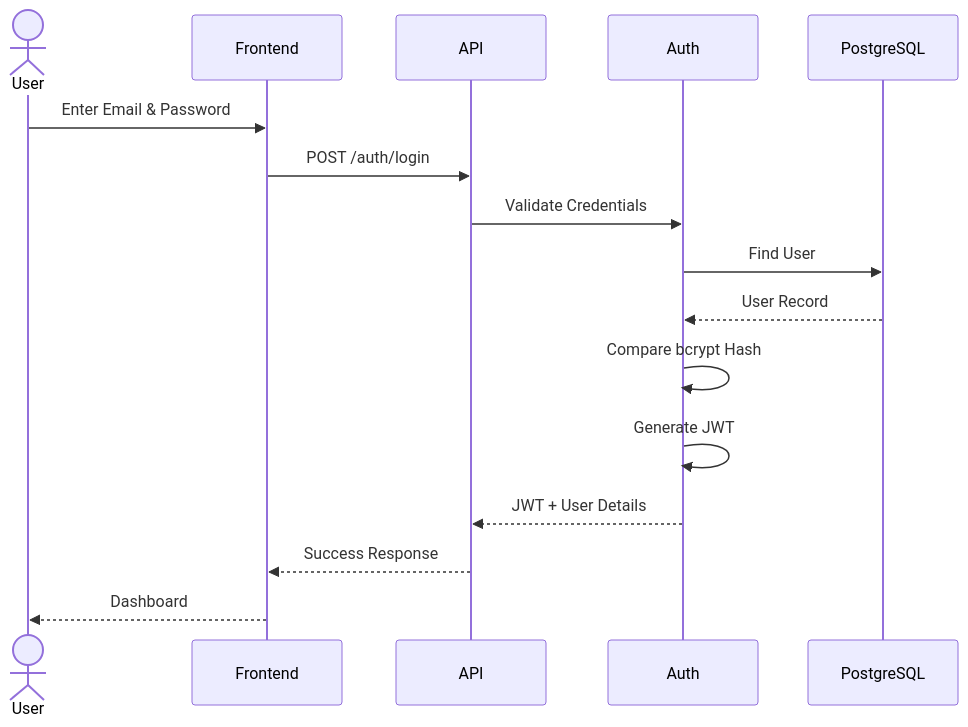
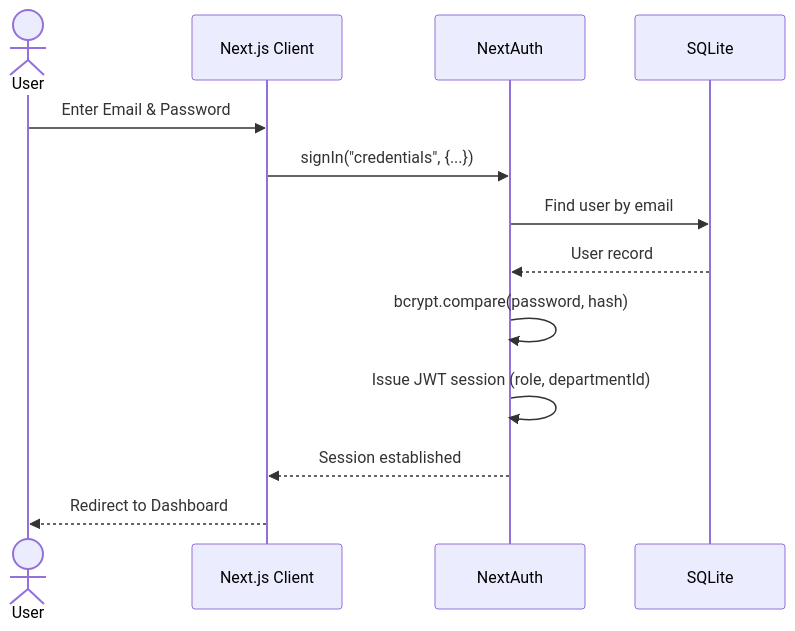
Before and after one commit to shrxprxyx/odoo-hackathon: the third of 7 diagrams in readme.md, drawn with Mermaid. The commit also changed other lines of this file, not shown here.

````diff
--- a/readme.md
+++ b/readme.md
@@ -231,33 +93,17 @@
 ```mermaid
 sequenceDiagram
 
 actor User
-
-participant Frontend
-
-participant API
-
-participant Auth
-
-participant PostgreSQL
+participant Frontend as Next.js Client
+participant NextAuth
+participant SQLite
 
 User->>Frontend: Enter Email & Password
-
-Frontend->>API: POST /auth/login
-
-API->>Auth: Validate Credentials
-
-Auth->>PostgreSQL: Find User
-
-PostgreSQL-->>Auth: User Record
-
-Auth->>Auth: Compare bcrypt Hash
-
-Auth->>Auth: Generate JWT
-
-Auth-->>API: JWT + User Details
-
-API-->>Frontend: Success Response
-
-Frontend-->>User: Dashboard
+Frontend->>NextAuth: signIn("credentials", {...})
+NextAuth->>SQLite: Find user by email
+SQLite-->>NextAuth: User record
+NextAuth->>NextAuth: bcrypt.compare(password, hash)
+NextAuth->>NextAuth: Issue JWT session (role, departmentId)
+NextAuth-->>Frontend: Session established
+Frontend-->>User: Redirect to Dashboard
 ```
````
